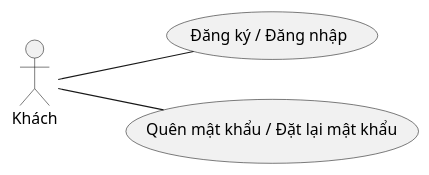
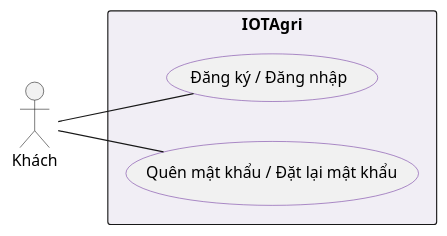
Before and after one commit to huuanh1411/IOTAgri: the first of 5 diagrams in docs/diagrams/use-case.puml, drawn with PlantUML. The commit also changed other lines of this file and 17 other files, not shown here.

Commit message:
docs: match UML reference with actors outside system boundary

```diff
--- a/docs/diagrams/use-case.puml
+++ b/docs/diagrams/use-case.puml
@@ -1,13 +1,17 @@
 @startuml use-case-guest
 left to right direction
 skinparam actorStyle stickman
 skinparam shadowing false
 skinparam linetype polyline
-' Một sơ đồ cho mỗi actor; không dùng khung bao.
-' SVG do render-use-cases.py xuất có actor ở giữa, use case tỏa ra hai bên.
+skinparam usecaseBorderColor #7138A0
+skinparam rectangleBackgroundColor #F1EEF5
+' Actor ở ngoài khung hệ thống; các use case bố trí so le bên trong.
+' SVG do render-use-cases.py xuất giữ bố cục theo hình mẫu UML.
 actor "Khách" as Guest
-usecase "Đăng ký / Đăng nhập" as GuestUC1
-usecase "Quên mật khẩu / Đặt lại mật khẩu" as GuestUC2
+rectangle "IOTAgri" {
+  usecase "Đăng ký / Đăng nhập" as GuestUC1
+  usecase "Quên mật khẩu / Đặt lại mật khẩu" as GuestUC2
+}
 Guest -- GuestUC1
 Guest -- GuestUC2
 @enduml
```
